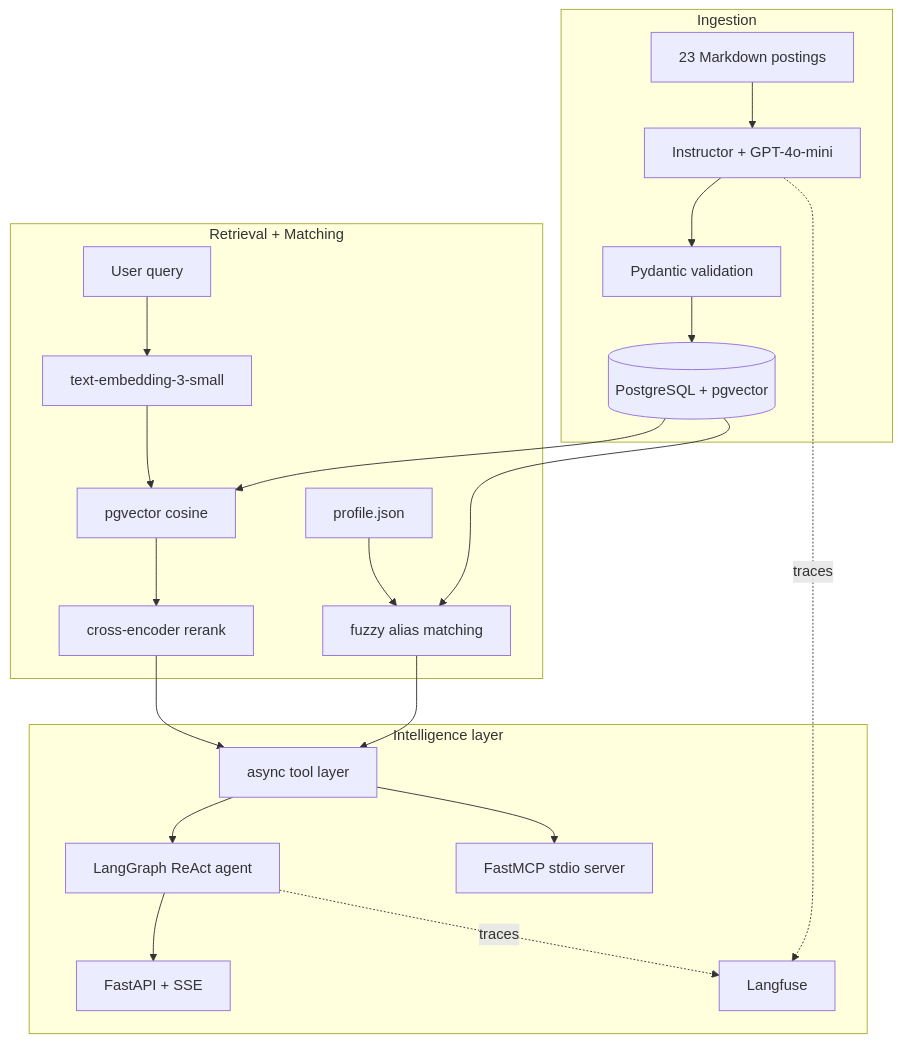
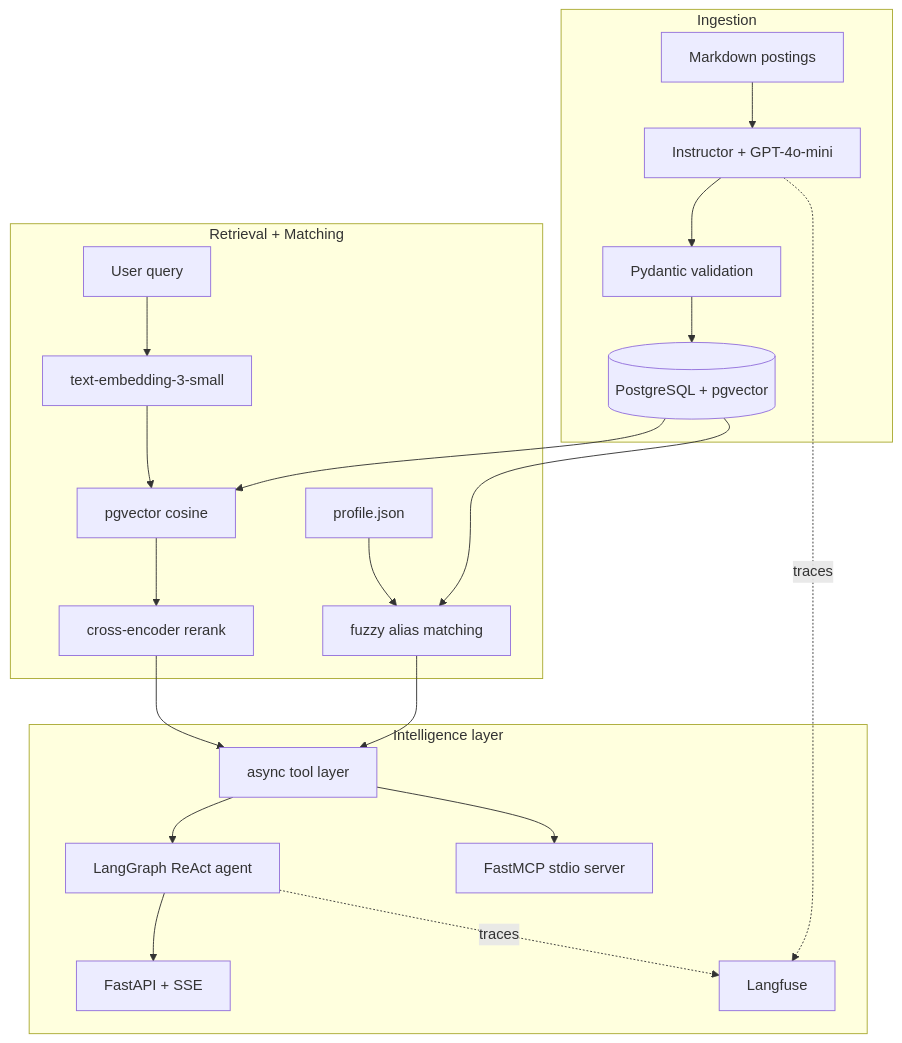
Before and after one commit to AdrianZaplata/job-rag: the diagram in README.md, drawn with Mermaid. The commit also changed other lines of this file, not shown here.

````diff
--- a/README.md
+++ b/README.md
@@ -37,28 +37,28 @@
 ```mermaid
 graph TD
     subgraph "Ingestion"
-        MD[23 Markdown postings] --> EXT[Instructor + GPT-4o-mini]
+        MD[Markdown postings] --> EXT[Instructor + GPT-4o-mini]
         EXT --> PYD[Pydantic validation]
         PYD --> DB[(PostgreSQL + pgvector)]
     end
 
     subgraph "Retrieval + Matching"
         Q[User query] --> EMB[text-embedding-3-small]
         EMB --> VS[pgvector cosine]
         VS --> RR[cross-encoder rerank]
         PROF[profile.json] --> MATCH[fuzzy alias matching]
         DB --> VS
         DB --> MATCH
     end
 
     subgraph "Intelligence layer"
         TOOLS[async tool layer]
         RR --> TOOLS
         MATCH --> TOOLS
         TOOLS --> AGENT[LangGraph ReAct agent]
         TOOLS --> MCP[FastMCP stdio server]
         AGENT --> API[FastAPI + SSE]
         AGENT -.->|traces| LF[Langfuse]
         EXT -.->|traces| LF
     end
 ```
````
